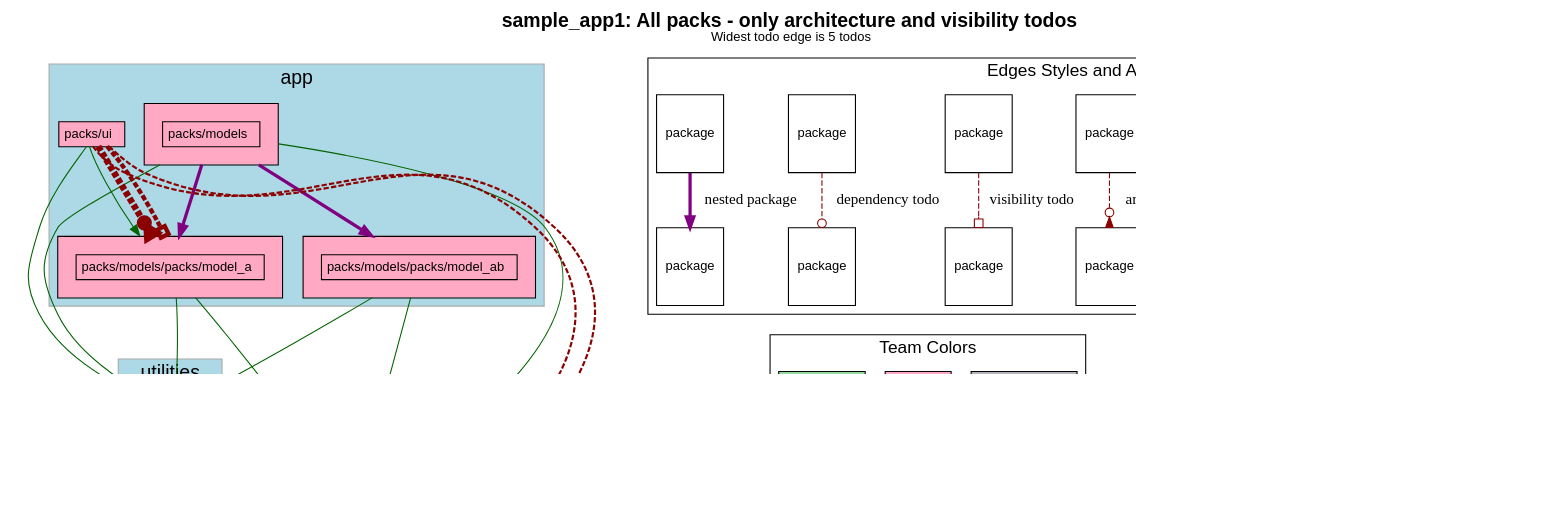
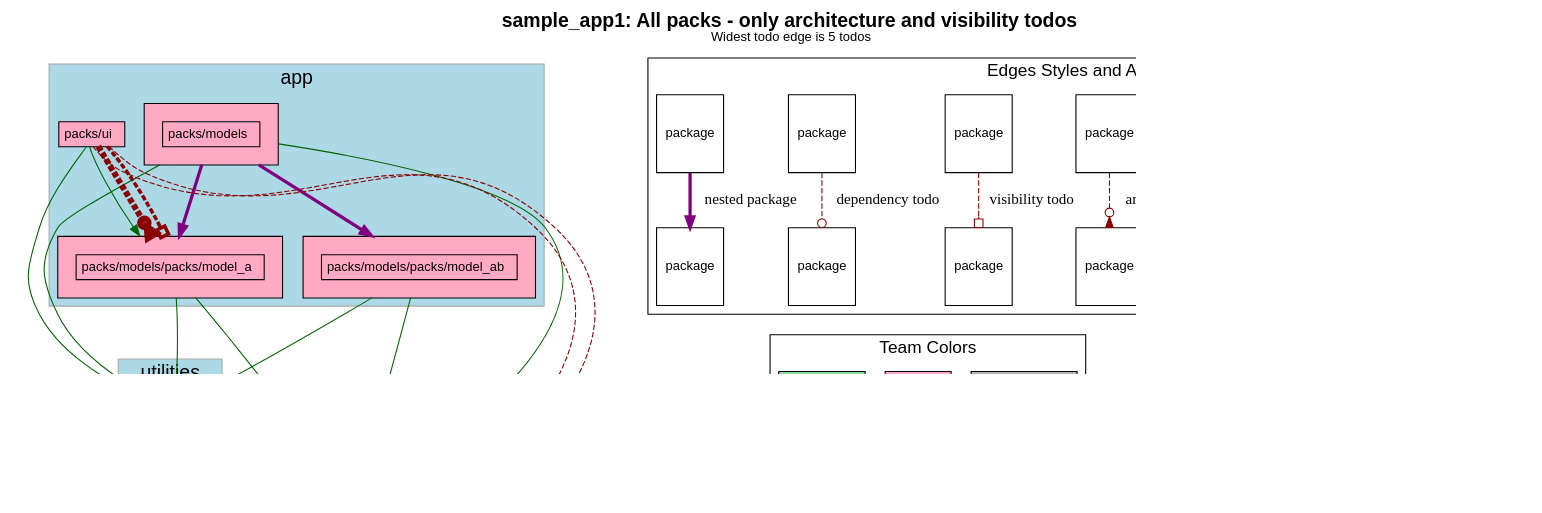
Before and after one commit to rubyatscale/visualize_packs: the diagram in spec/sample_app1/test_output/only_todo_types.dot, drawn with Graphviz. The commit also changed 14 other files, not shown here.

```diff
--- a/spec/sample_app1/test_output/only_todo_types.dot
+++ b/spec/sample_app1/test_output/only_todo_types.dot
@@ -142,22 +142,22 @@
               constraint=false
               # headlabel="architecture"
                 arrowhead=invodot
-              penwidth=2            ]
+              penwidth=1.0            ]
             "packs/ui" -> "." [ color=darkred style=dashed
               constraint=false
               # headlabel="visibility"
                 arrowhead=obox
-              penwidth=2            ]
+              penwidth=1.0            ]
             "packs/ui" -> "packs/models/packs/model_a" [ color=darkred style=dashed
               constraint=false
               # headlabel="architecture"
                 arrowhead=invodot
-              penwidth=6            ]
+              penwidth=5.5            ]
             "packs/ui" -> "packs/models/packs/model_a" [ color=darkred style=dashed
               constraint=false
               # headlabel="visibility"
                 arrowhead=obox
-              penwidth=4            ]
+              penwidth=3.25            ]
         "packs/models" -> "packs/models/packs/model_a" [ color=purple penwidth=3 ]
         "packs/models" -> "packs/models/packs/model_ab" [ color=purple penwidth=3 ]
     subgraph cluster_legend {
```
